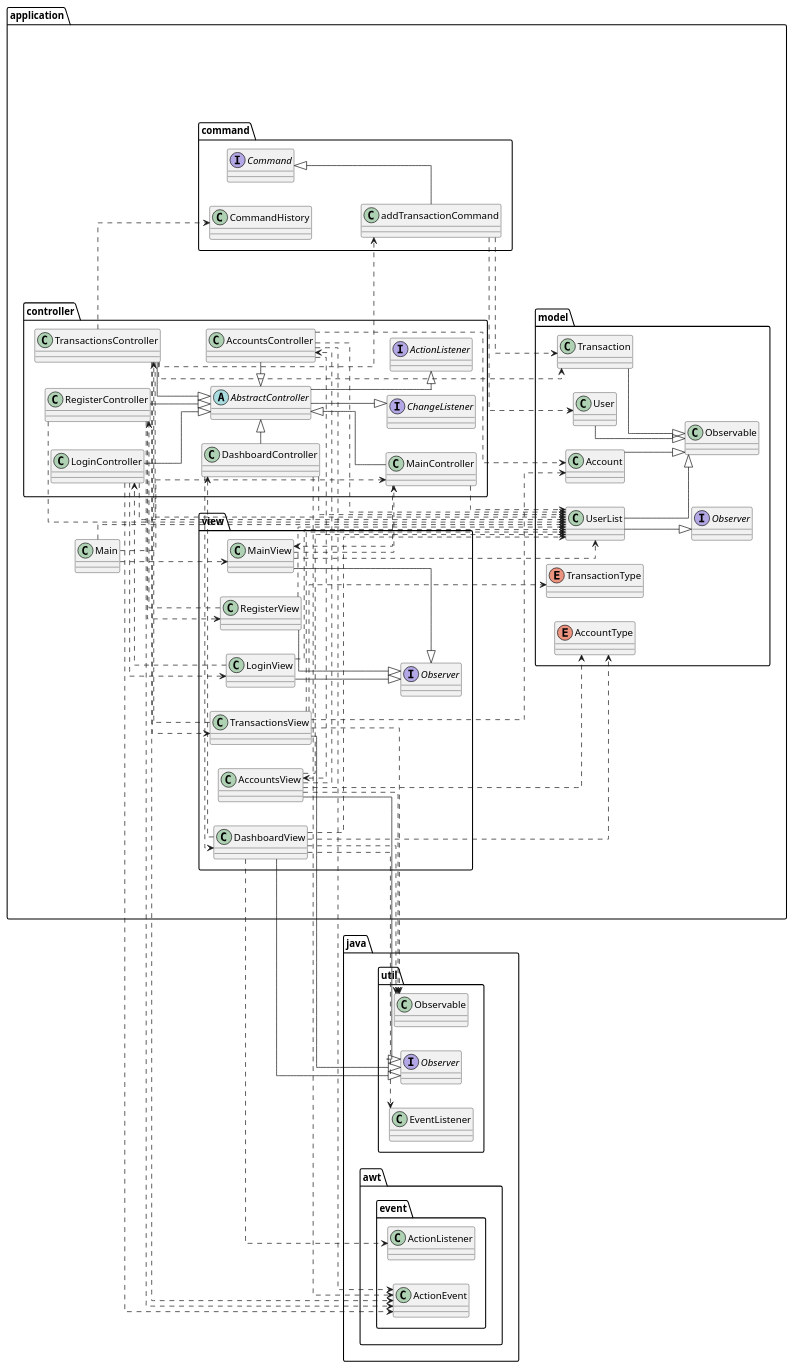
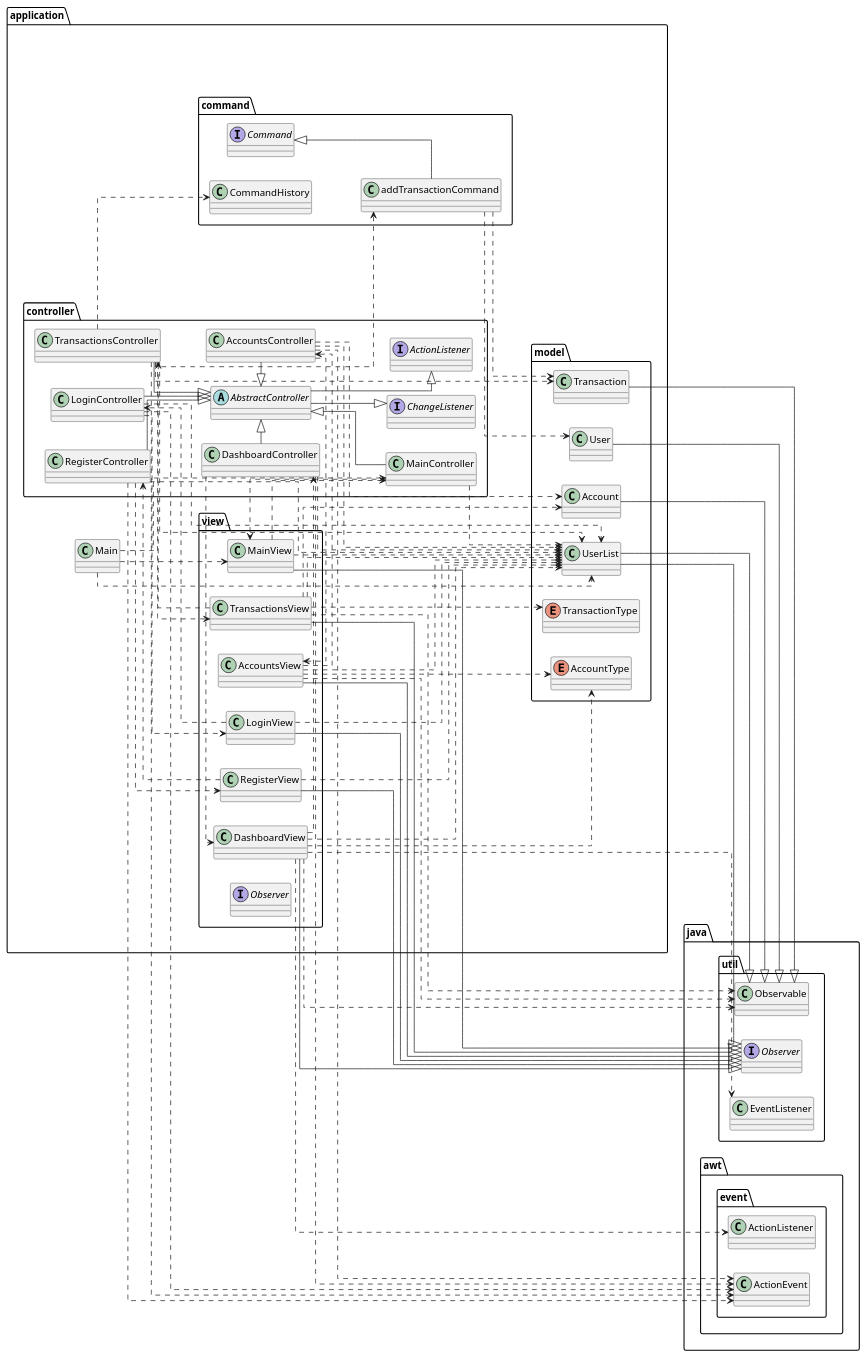
One commit to edsagit/mealheiro changed the diagram in uml/finalDiagram.wsd. Above: the diagram before and after it, drawn with PlantUML. The commit also changed 3 other files, not shown here.

```diff
--- a/uml/finalDiagram.wsd
+++ b/uml/finalDiagram.wsd
@@ -14,7 +14,7 @@
 class application.controller.RegisterController
 class application.controller.TransactionsController
 class application.model.Account
-class application.model.Observable
+' class application.model.Observable
 class application.model.Transaction
 class application.model.User
 class application.model.UserList
@@ -73,7 +73,7 @@
 interface application.command.Command
 interface application.controller.ActionListener
 interface application.controller.ChangeListener
-interface application.model.Observer
+' interface application.model.Observer
 interface application.view.Observer
 interface java.util.Observer
 ' application.controller.AbstractController ..> java.lang.Override
@@ -118,12 +118,13 @@
 application.controller.TransactionsController ..> application.model.UserList
 application.controller.TransactionsController ..> application.view.TransactionsView
 application.controller.TransactionsController ..> java.awt.event.ActionEvent
-application.model.Account --|> application.model.Observable
+
+application.model.Account -right-|> java.util.Observable
 ' application.model.Account ..> java.text.DecimalFormat
 ' application.model.Account ..> java.time.Instant
 ' application.model.Account ..> java.time.LocalDate
 ' application.model.Account ..> java.time.ZoneId
-application.model.Transaction --|> application.model.Observable
+application.model.Transaction --|> java.util.Observable
 ' application.model.Transaction ..> java.text.DecimalFormat
 ' application.model.Transaction ..> java.text.NumberFormat
 ' application.model.Transaction ..> java.text.ParseException
@@ -131,24 +132,24 @@
 ' application.model.Transaction ..> java.util.logging.Level
 ' application.model.Transaction ..> java.util.logging.Logger
 ' application.model.User ..> java.lang.Override
-application.model.User --|> application.model.Observable
+application.model.User --|> java.util.Observable
 ' application.model.User ..> java.text.DecimalFormat
 ' application.model.User ..> java.text.NumberFormat
 ' application.model.User ..> java.text.ParseException
 ' application.model.User ..> java.util.logging.Level
 ' application.model.User ..> java.util.logging.Logger
 ' application.model.UserList ..> java.lang.Override
-application.model.UserList --|> application.model.Observable
+application.model.UserList --|> java.util.Observable
 ' application.model.UserList ..> java.text.DecimalFormat
 ' application.model.UserList ..> java.time.LocalDate
-application.model.UserList --|> application.model.Observer
+application.model.UserList --|> java.util.Observer
 ' application.view.AccountsView ..> java.lang.SuppressWarnings
 application.view.AccountsView ..> application.controller.AccountsController
 application.view.AccountsView ..> application.model.UserList
 application.view.AccountsView ..> java.util.Observable
 ' application.view.AccountsView --|> javax.swing.JPanel
 ' application.view.AccountsView ..> javax.swing.table.DefaultTableModel
-application.view.AccountsView ..> application.model.AccountType
+application.view.AccountsView ..> application.model.AccountType 
 application.view.AccountsView --|> java.util.Observer
 ' application.view.DashboardView ..> java.lang.SuppressWarnings
 application.view.DashboardView ..> application.controller.DashboardController
@@ -182,12 +183,12 @@
 application.view.LoginView ..> application.controller.LoginController
 application.view.LoginView ..> application.model.UserList
 ' application.view.LoginView --|> application.view.JPanel
-application.view.LoginView --|> application.view.Observer
+application.view.LoginView --|> java.util.Observer
 ' application.view.MainView ..> java.lang.Override
 application.view.MainView ..> application.controller.MainController
 application.view.MainView ..> application.model.UserList
 ' application.view.MainView --|> application.view.JPanel
-application.view.MainView --|> application.view.Observer
+application.view.MainView --|> java.util.Observer
 ' application.view.RegisterView ..> java.lang.Override
 ' application.view.RegisterView ..> java.lang.SuppressWarnings
 application.view.RegisterView ..> application.controller.RegisterController
@@ -195,7 +196,7 @@
 ' application.view.RegisterView --|> application.view.JPanel
 ' application.view.RegisterView ..> javax.swing.event.DocumentEvent
 ' application.view.RegisterView ..> javax.swing.event.DocumentListener
-application.view.RegisterView --|> application.view.Observer
+application.view.RegisterView --|> java.util.Observer
 ' application.view.TransactionsView ..> java.lang.SuppressWarnings
 application.view.TransactionsView ..> application.controller.TransactionsController
 application.view.TransactionsView ..> application.model.Account
```
